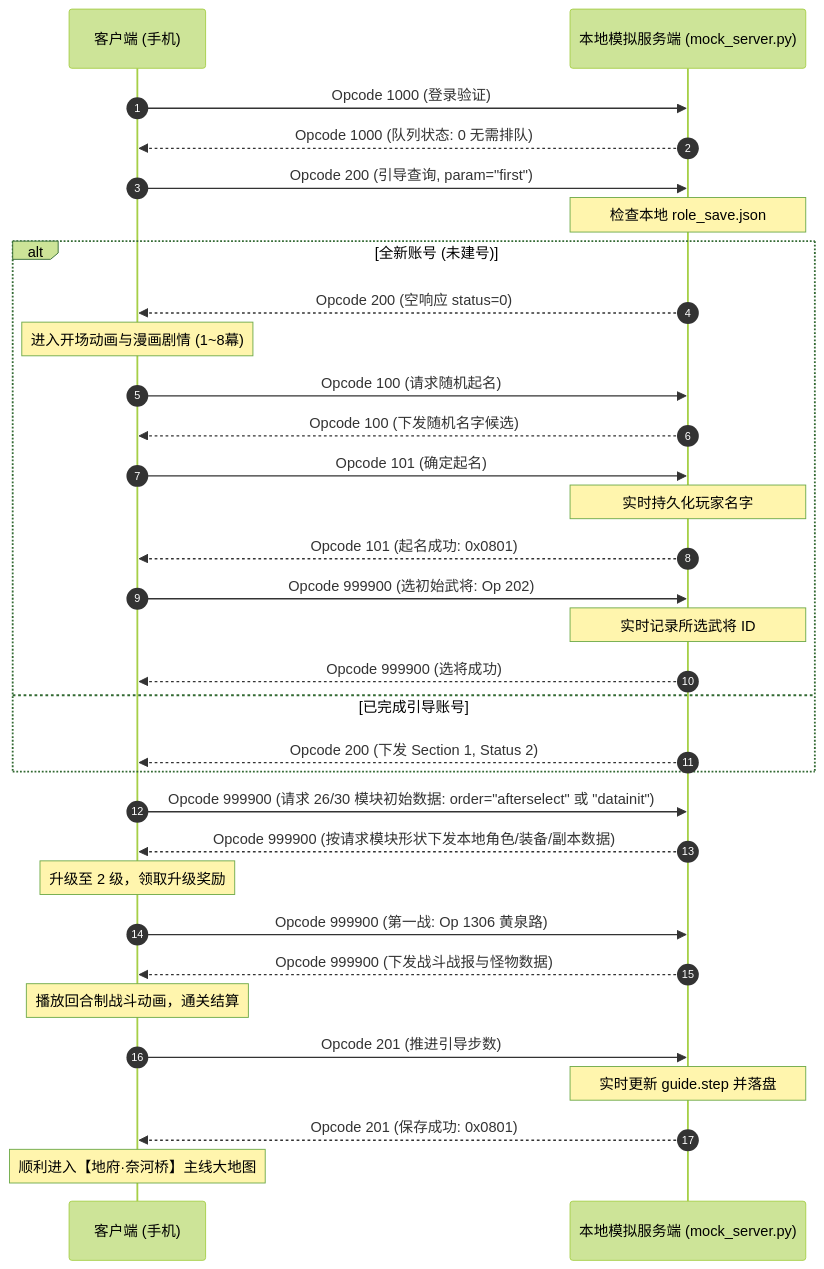
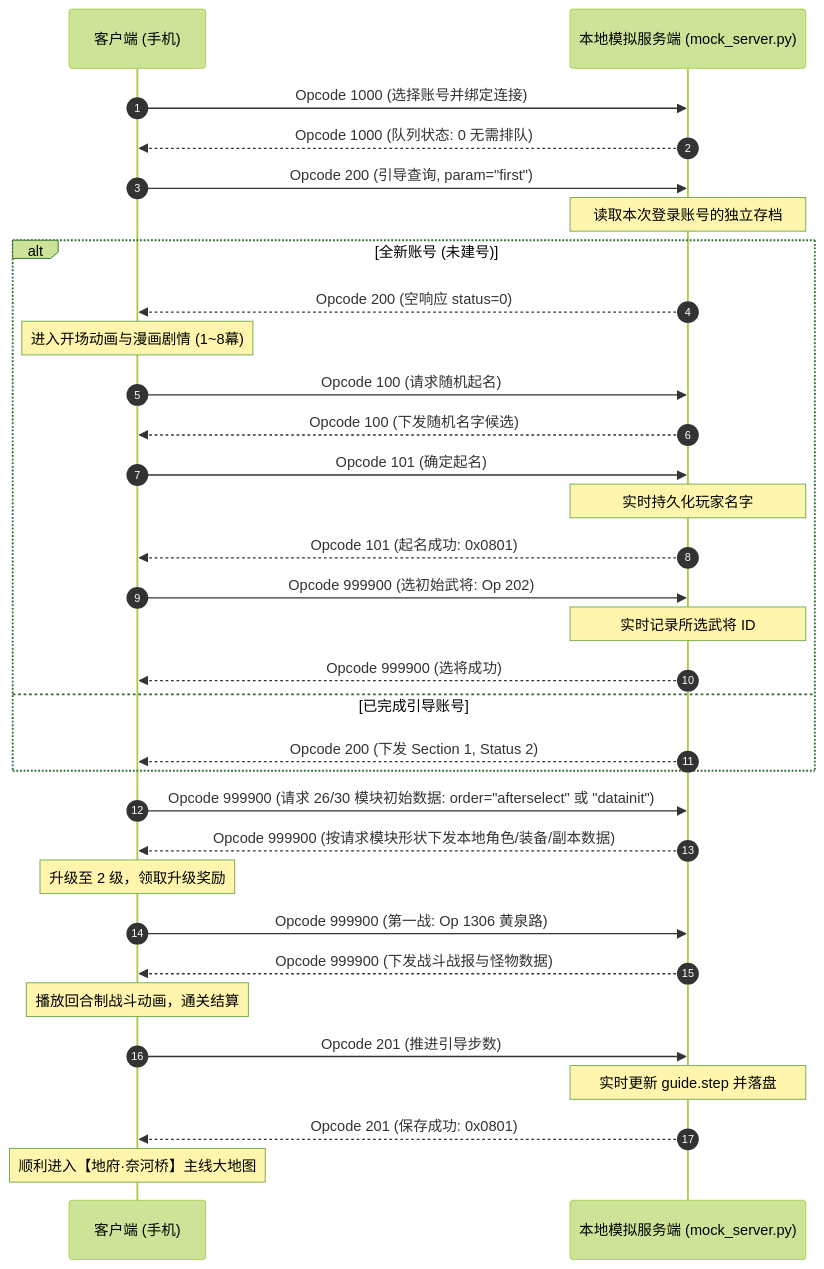
Before and after one commit to yywbb/zyj: the diagram in README.md, drawn with Mermaid (forest theme). The commit also changed other lines of this file and 17 other files, not shown here.

````diff
--- a/README.md
+++ b/README.md
@@ -74,39 +86,39 @@
 ```mermaid
 sequenceDiagram
     autonumber
     participant C as 客户端 (手机)
     participant S as 本地模拟服务端 (mock_server.py)
     
-    C->>S: Opcode 1000 (登录验证)
+    C->>S: Opcode 1000 (选择账号并绑定连接)
     S-->>C: Opcode 1000 (队列状态: 0 无需排队)
     
     C->>S: Opcode 200 (引导查询, param="first")
-    Note over S: 检查本地 role_save.json
+    Note over S: 读取本次登录账号的独立存档
     alt 全新账号 (未建号)
         S-->>C: Opcode 200 (空响应 status=0)
         Note over C: 进入开场动画与漫画剧情 (1~8幕)
         C->>S: Opcode 100 (请求随机起名)
         S-->>C: Opcode 100 (下发随机名字候选)
         C->>S: Opcode 101 (确定起名)
         Note over S: 实时持久化玩家名字
         S-->>C: Opcode 101 (起名成功: 0x0801)
         C->>S: Opcode 999900 (选初始武将: Op 202)
         Note over S: 实时记录所选武将 ID
         S-->>C: Opcode 999900 (选将成功)
     else 已完成引导账号
         S-->>C: Opcode 200 (下发 Section 1, Status 2)
     end
     
     C->>S: Opcode 999900 (请求 26/30 模块初始数据: order="afterselect" 或 "datainit")
     S-->>C: Opcode 999900 (按请求模块形状下发本地角色/装备/副本数据)
     Note over C: 升级至 2 级，领取升级奖励
     
     C->>S: Opcode 999900 (第一战: Op 1306 黄泉路)
     S-->>C: Opcode 999900 (下发战斗战报与怪物数据)
     Note over C: 播放回合制战斗动画，通关结算
     
     C->>S: Opcode 201 (推进引导步数)
     Note over S: 实时更新 guide.step 并落盘
     S-->>C: Opcode 201 (保存成功: 0x0801)
     Note over C: 顺利进入【地府·奈河桥】主线大地图
 ```
````
